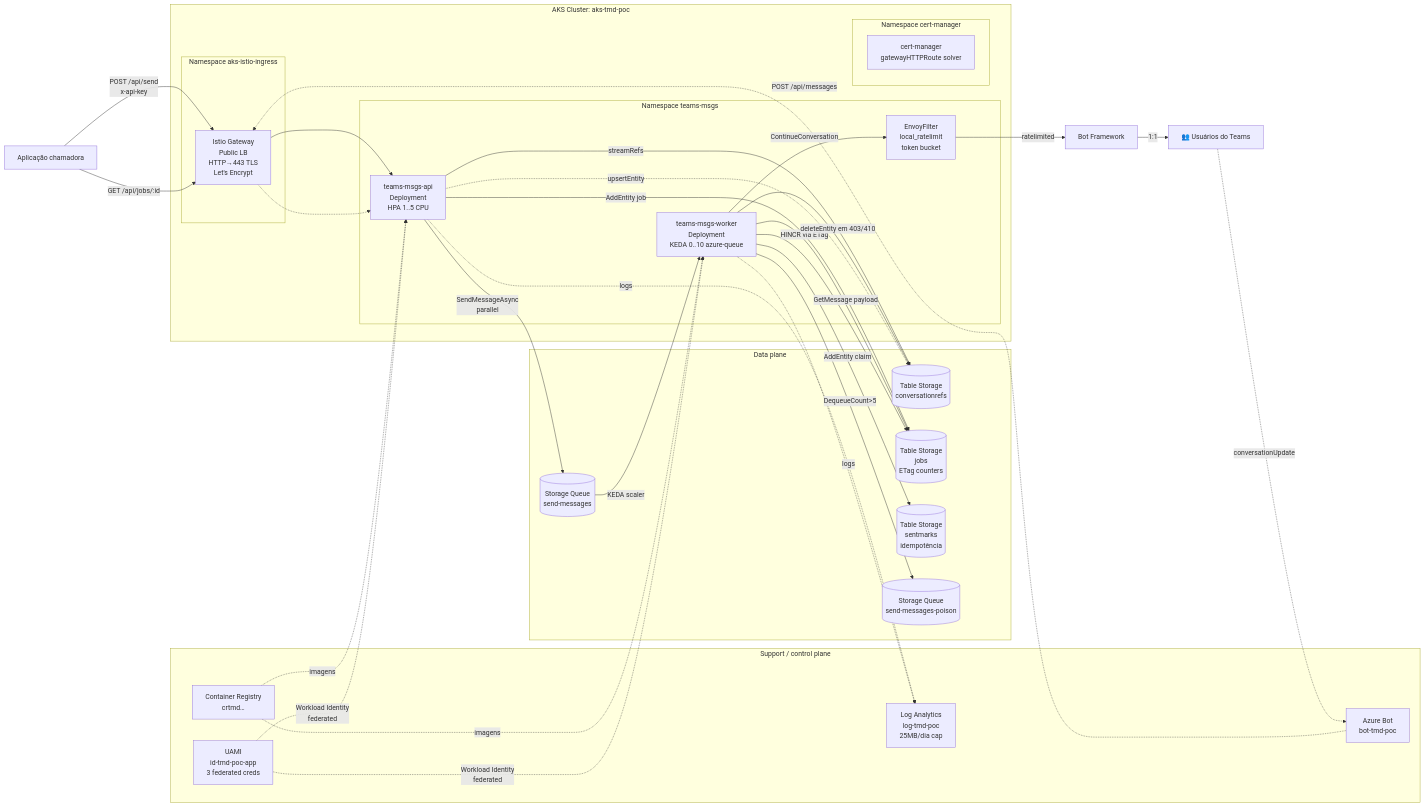
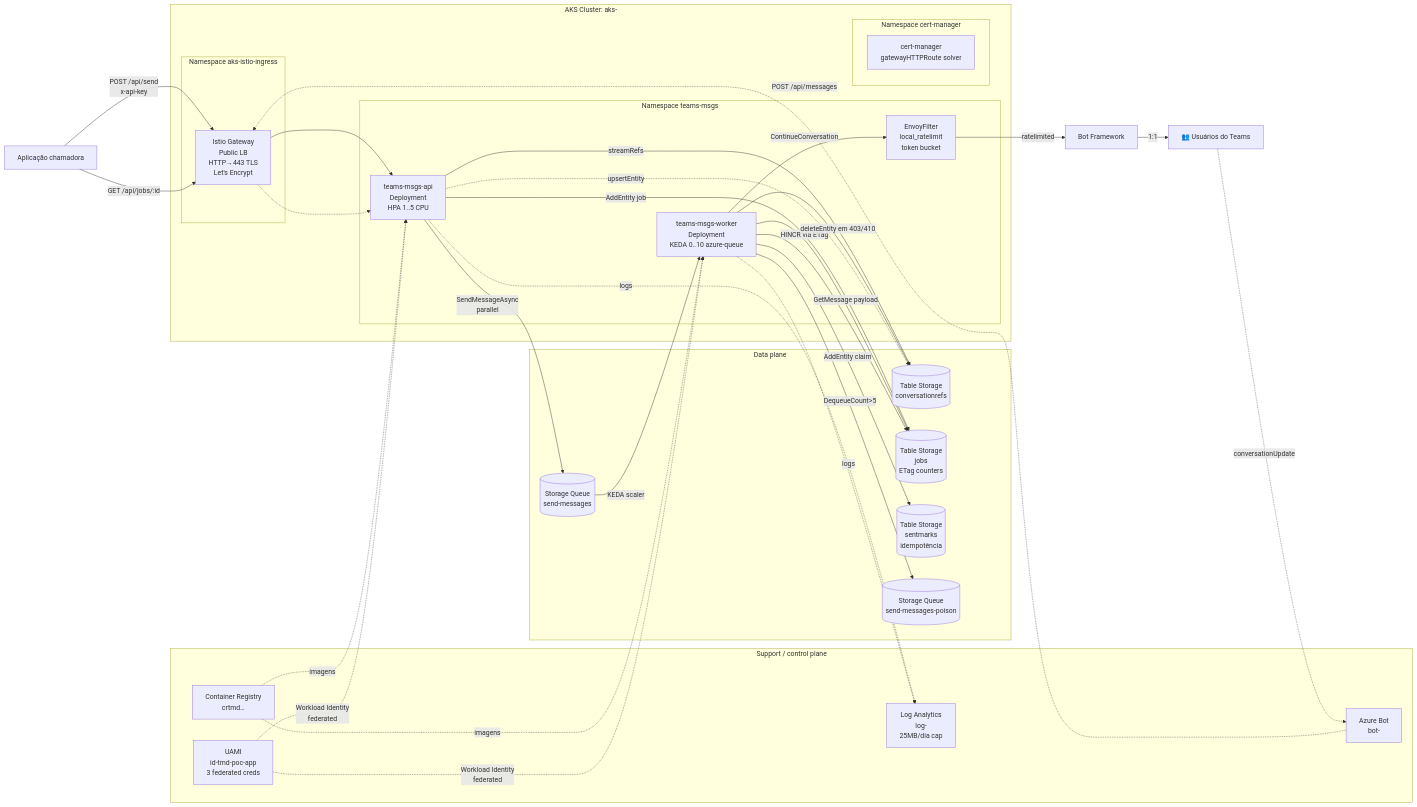
Before and after one commit to EdneiMonteiro/teams_msgs_dotnet: the first of 5 diagrams in README.md, drawn with Mermaid. The commit also changed other lines of this file and 4 other files, not shown here.

````diff
--- a/README.md
+++ b/README.md
@@ -93,63 +93,63 @@
 ```mermaid
 graph LR
     Client[Aplicação chamadora]
     Users[👥 Usuários do Teams]
     BF[Bot Framework]
 
-    subgraph "AKS Cluster: aks-tmd-poc"
+    subgraph "AKS Cluster: aks-<seu-cluster>"
         subgraph "Namespace aks-istio-ingress"
             Gateway[Istio Gateway<br/>Public LB<br/>HTTP→443 TLS<br/>Let's Encrypt]
         end
         subgraph "Namespace teams-msgs"
             API[teams-msgs-api<br/>Deployment<br/>HPA 1..5 CPU]
             Worker[teams-msgs-worker<br/>Deployment<br/>KEDA 0..10 azure-queue]
             EnvoyFilter[EnvoyFilter<br/>local_ratelimit<br/>token bucket]
         end
         subgraph "Namespace cert-manager"
             CM[cert-manager<br/>gatewayHTTPRoute solver]
         end
     end
 
     subgraph "Data plane"
         Refs[(Table Storage<br/>conversationrefs)]
         Jobs[(Table Storage<br/>jobs<br/>ETag counters)]
         Marks[(Table Storage<br/>sentmarks<br/>idempotência)]
         SQ[(Storage Queue<br/>send-messages)]
         Poison[(Storage Queue<br/>send-messages-poison)]
     end
 
     subgraph "Support / control plane"
-        AzBot[Azure Bot<br/>bot-tmd-poc]
+        AzBot[Azure Bot<br/>bot-<seu-bot>]
         ACR[Container Registry<br/>crtmd…]
-        Logs[Log Analytics<br/>log-tmd-poc<br/>25MB/dia cap]
+        Logs[Log Analytics<br/>log-<seu-workspace><br/>25MB/dia cap]
         UAMI[UAMI<br/>id-tmd-poc-app<br/>3 federated creds]
     end
 
     Client -->|POST /api/send<br/>x-api-key| Gateway
     Client -->|GET /api/jobs/:id| Gateway
     Gateway --> API
     API -->|streamRefs| Refs
     API -->|AddEntity job| Jobs
     API -->|SendMessageAsync<br/>parallel| SQ
     SQ -->|KEDA scaler| Worker
     Worker -->|GetMessage payload| Jobs
     Worker -->|AddEntity claim| Marks
     Worker -->|ContinueConversation| EnvoyFilter
     EnvoyFilter -->|ratelimited| BF
     BF -->|1:1| Users
     Worker -->|HINCR via ETag| Jobs
     Worker -->|deleteEntity em 403/410| Refs
     Worker -->|DequeueCount>5| Poison
 
     Users -.->|conversationUpdate| AzBot
     AzBot -.->|POST /api/messages| Gateway
     Gateway -.-> API
     API -.->|upsertEntity| Refs
 
     ACR -.->|imagens| API
     ACR -.->|imagens| Worker
     API -.->|logs| Logs
     Worker -.->|logs| Logs
     UAMI -.->|Workload Identity<br/>federated| API
     UAMI -.->|Workload Identity<br/>federated| Worker
 ```
````
